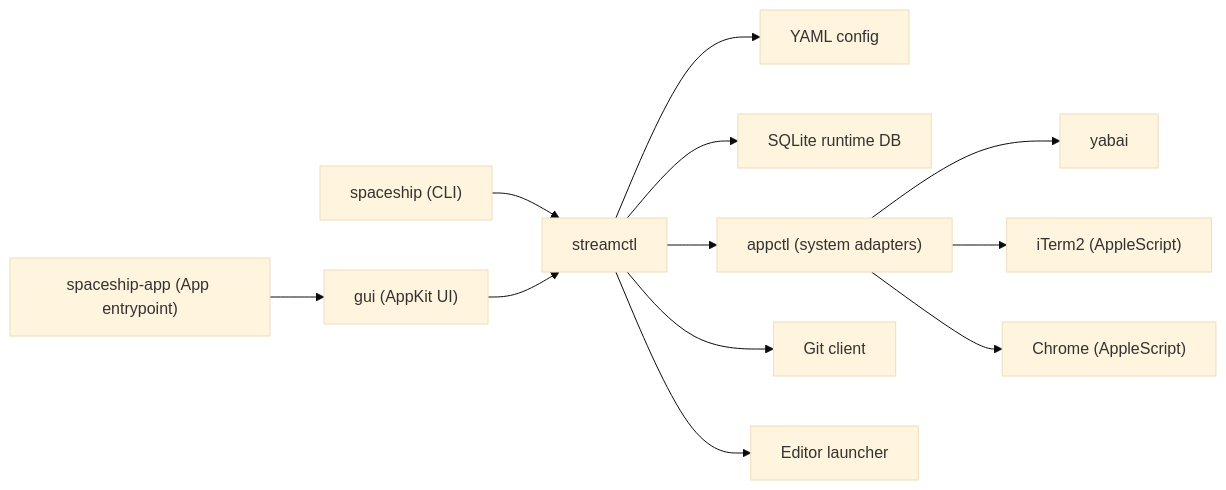
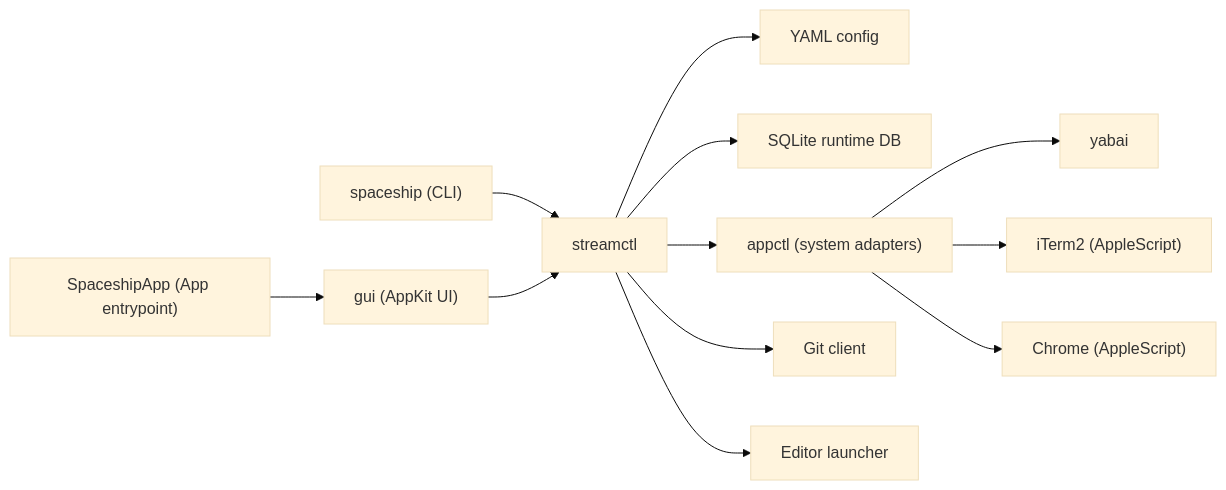
One commit to yogesh-dhande/spaces changed the first of 5 diagrams in apps/macos/docs/architecture.md. Above: the diagram before and after it, drawn with Mermaid (base theme). The commit also changed other lines of this file and 5 other files, not shown here.

First line of the commit message:
Rename GUI executable from spaceship-app to SpaceshipApp with Spaceship menu bar name

````diff
--- a/apps/macos/docs/architecture.md
+++ b/apps/macos/docs/architecture.md
@@ -16,16 +16,16 @@
 ```mermaid
 flowchart LR
   cli["spaceship (CLI)"] --> stream["streamctl"]
-  guiapp["spaceship-app (App entrypoint)"] --> gui["gui (AppKit UI)"]
+  guiapp["SpaceshipApp (App entrypoint)"] --> gui["gui (AppKit UI)"]
   gui --> stream
 
   stream --> config["YAML config"]
   stream --> db["SQLite runtime DB"]
   stream --> appctl["appctl (system adapters)"]
   stream --> git["Git client"]
   stream --> editor["Editor launcher"]
 
   appctl --> yabai["yabai"]
   appctl --> iterm["iTerm2 (AppleScript)"]
   appctl --> chrome["Chrome (AppleScript)"]
 ```
````
